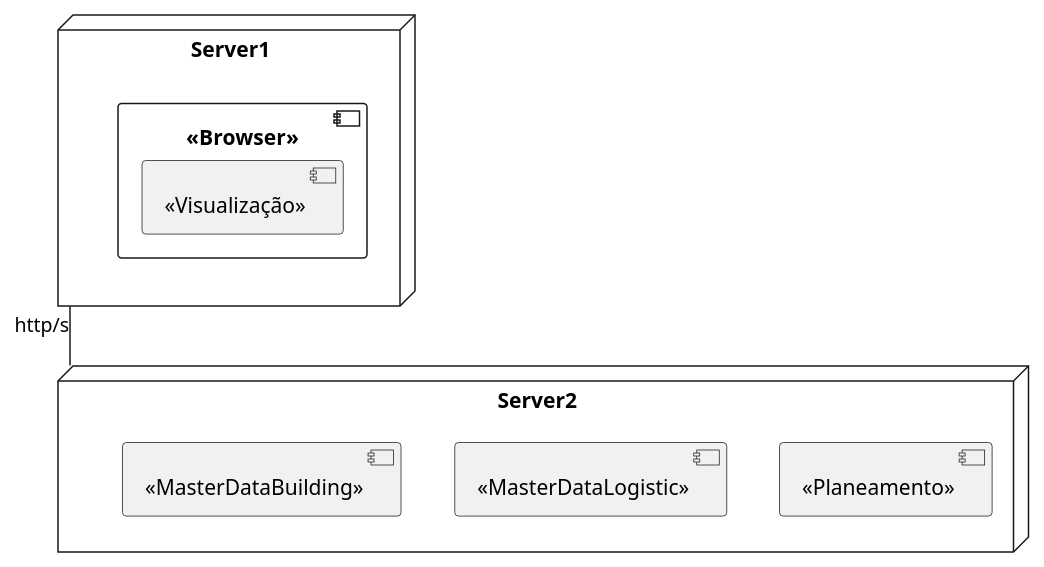
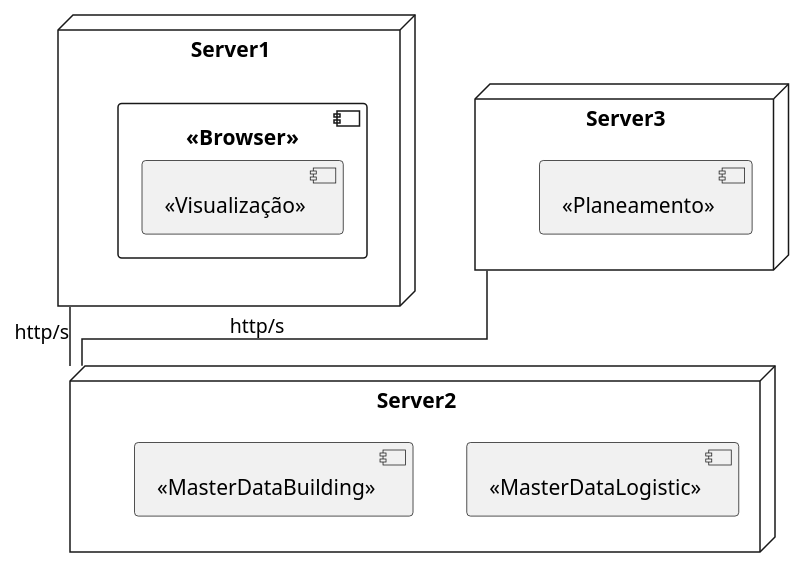
One commit to Pedro-Pereira1/sem5pi_23_24_g056 changed the diagram in docs/Level_2/Diagrams/PhysicalView.puml. Above: the diagram before and after it, drawn with PlantUML. The commit also changed 1 other file, not shown here.

Commit message:
Updated PhysicalView Layer 2 Diagram for Sprint2

```diff
--- a/docs/Level_2/Diagrams/PhysicalView.puml
+++ b/docs/Level_2/Diagrams/PhysicalView.puml
@@ -1,28 +1,30 @@
 @startuml
 
 skinparam linetype ortho
 
 node Server1{
   component "<<Browser>>" as BRW{
    component "<<Visualização>>" as V {
     }
   }
 }
 
 node Server2{
-  component "<<Planeamento>>" as P {
-  }
-
   component "<<MasterDataLogistic>>" as MDL{
   }
 
   component "<<MasterDataBuilding>>" as MDB{
   }
 }
 
+node Server3{
+  component "<<Planeamento>>" as P {
+  }
+}
+
 
 
 Server1 -d- Server2: http/s
-
+Server2 -u- Server3: http/s
 
 @enduml
```
